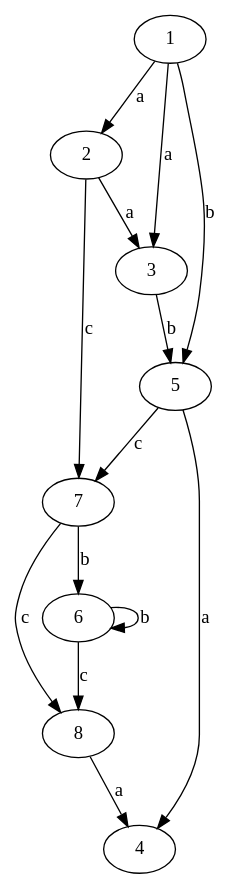
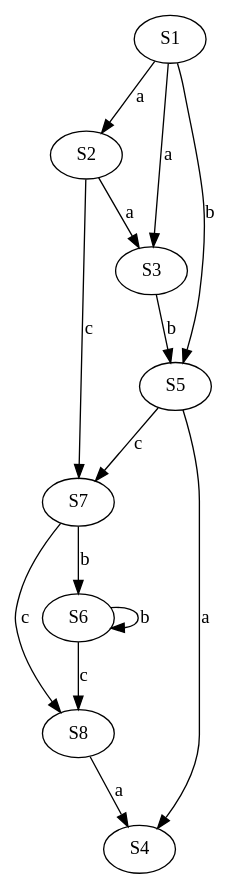
Before and after one commit to Kuanhao-Chao/Wheeler_Graph_Toolkit: the diagram in graph/g1.dot, drawn with Graphviz. The commit also changed 12 other files, not shown here.

Commit message:
First version of C++ wheeler graph recognition

```diff
--- a/graph/g1.dot
+++ b/graph/g1.dot
@@ -1,15 +1,15 @@
 digraph g1 {
-    1 -> 2 [ label="a" ];
-    1 -> 3 [ label="a" ];
-    2 -> 3 [ label="a" ];
-    5 -> 4 [ label="a" ];
-    8 -> 4 [ label="a" ];
-    1 -> 5 [ label="b" ];
-    3 -> 5 [ label="b" ];
-    6 -> 6 [ label="b" ];
-    7 -> 6 [ label="b" ];
-    2 -> 7 [ label="c" ];
-    5 -> 7 [ label="c" ];
-    6 -> 8 [ label="c" ];
-    7 -> 8 [ label="c" ];
+    S1 -> S2 [ label=a ];
+    S1 -> S3 [ label=a ];
+    S2 -> S3 [ label=a ];
+    S5 -> S4 [ label=a ];
+    S8 -> S4 [ label=a ];
+    S1 -> S5 [ label=b ];
+    S3 -> S5 [ label=b ];
+    S6 -> S6 [ label=b ];
+    S7 -> S6 [ label=b ];
+    S2 -> S7 [ label=c ];
+    S5 -> S7 [ label=c ];
+    S6 -> S8 [ label=c ];
+    S7 -> S8 [ label=c ];
 }
```
